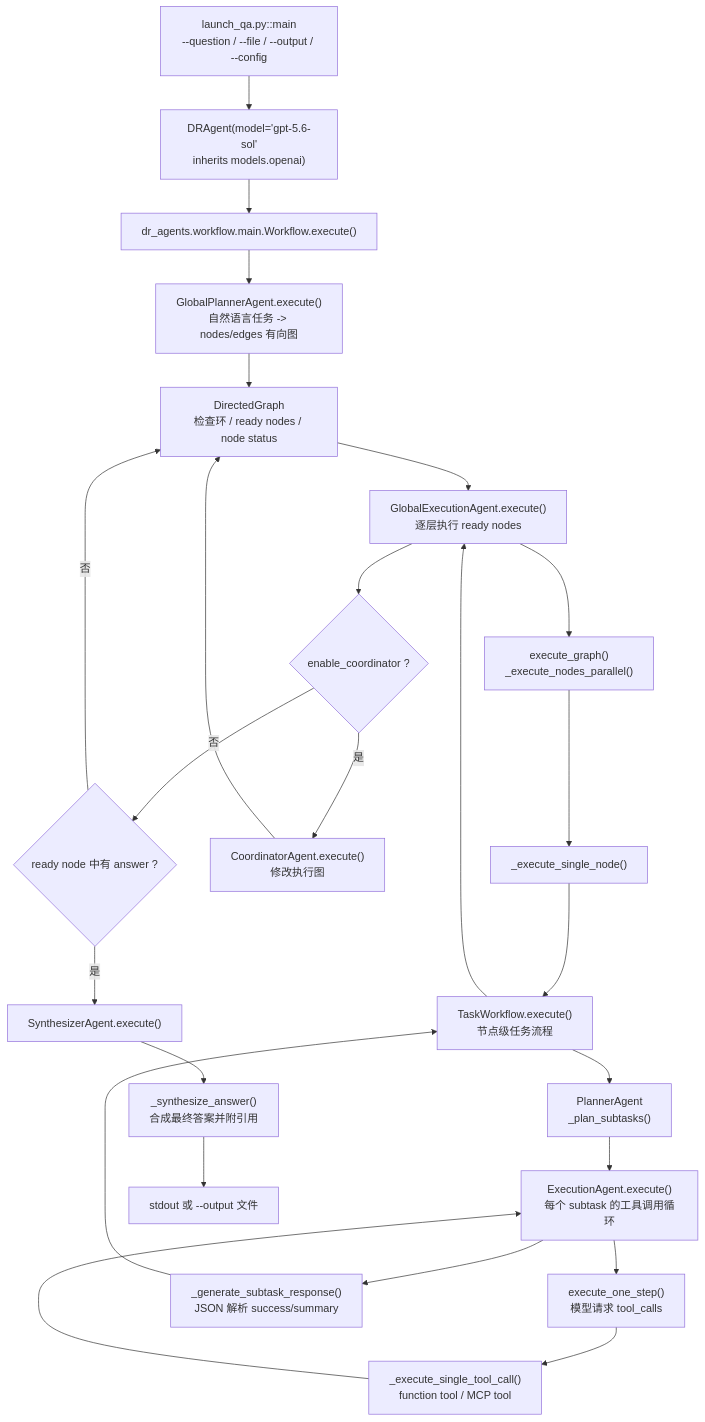
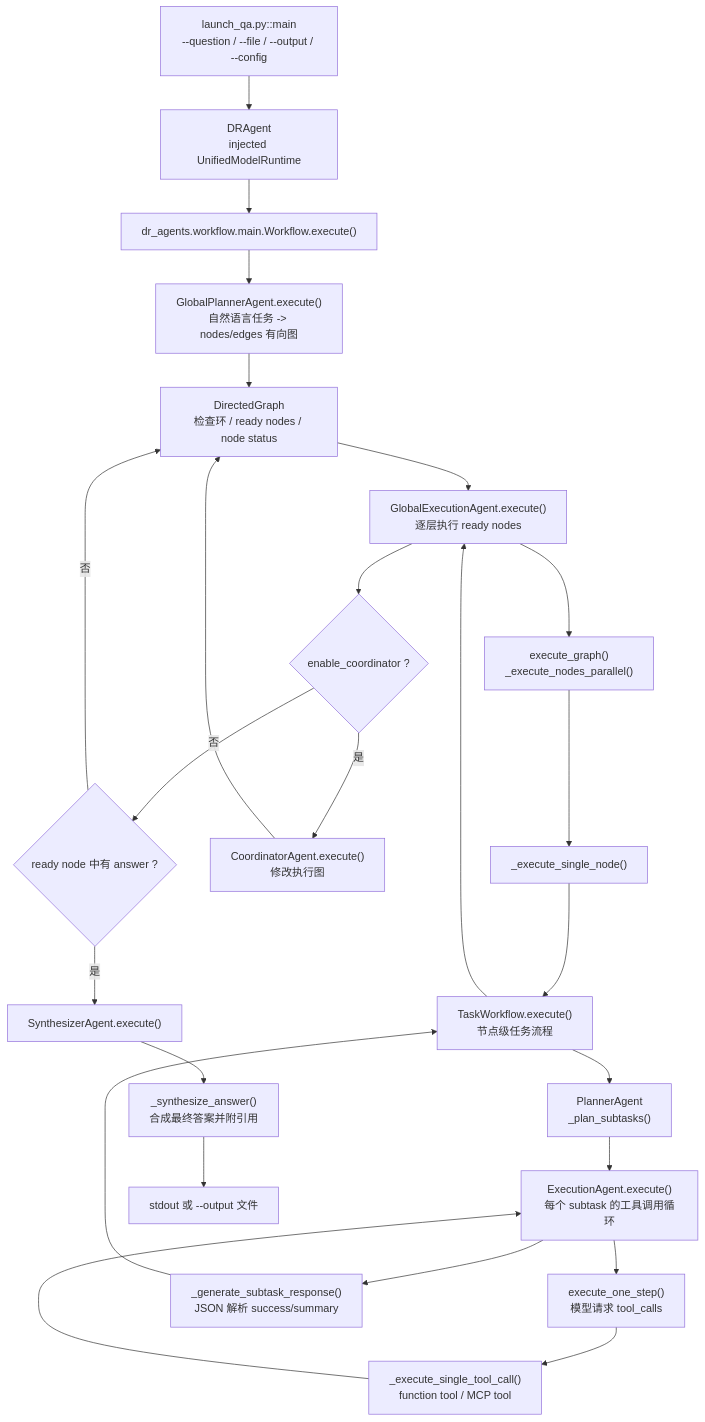
One commit to v6582374-netizen/Vegapunk changed the sixth of 9 diagrams in architecture.md. Above: the diagram before and after it, drawn with Mermaid. The commit also changed other lines of this file and 117 other files, not shown here.

Commit message:
feat: unify model providers through catalog runtime

````diff
--- a/architecture.md
+++ b/architecture.md
@@ -237,30 +238,30 @@
 ```mermaid
 flowchart TD
-    QA["launch_qa.py::main<br/>--question / --file / --output / --config"] --> DRA["DRAgent(model='gpt-5.6-sol'<br/>inherits models.openai)"]
+    QA["launch_qa.py::main<br/>--question / --file / --output / --config"] --> DRA["DRAgent<br/>injected UnifiedModelRuntime"]
     DRA --> WF["dr_agents.workflow.main.Workflow.execute()"]
 
     WF --> GP["GlobalPlannerAgent.execute()<br/>自然语言任务 -> nodes/edges 有向图"]
     GP --> DAG["DirectedGraph<br/>检查环 / ready nodes / node status"]
     DAG --> GE["GlobalExecutionAgent.execute()<br/>逐层执行 ready nodes"]
     GE --> Layer["execute_graph()<br/>_execute_nodes_parallel()"]
     Layer --> Node["_execute_single_node()"]
     Node --> TW["TaskWorkflow.execute()<br/>节点级任务流程"]
 
     TW --> TP["PlannerAgent<br/>_plan_subtasks()"]
     TP --> TE["ExecutionAgent.execute()<br/>每个 subtask 的工具调用循环"]
     TE --> ToolLoop["execute_one_step()<br/>模型请求 tool_calls"]
     ToolLoop --> ToolCall["_execute_single_tool_call()<br/>function tool / MCP tool"]
     ToolCall --> TE
     TE --> Sum["_generate_subtask_response()<br/>JSON 解析 success/summary"]
     Sum --> TW
     TW --> GE
 
     GE --> Coord{"enable_coordinator ?"}
     Coord -- 是 --> CA["CoordinatorAgent.execute()<br/>修改执行图"]
     CA --> DAG
     Coord -- 否 --> Ans{"ready node 中有 answer ?"}
     Ans -- 否 --> DAG
     Ans -- 是 --> Syn["SynthesizerAgent.execute()"]
     Syn --> Final["_synthesize_answer()<br/>合成最终答案并附引用"]
     Final --> Output["stdout 或 --output 文件"]
 ```
````
